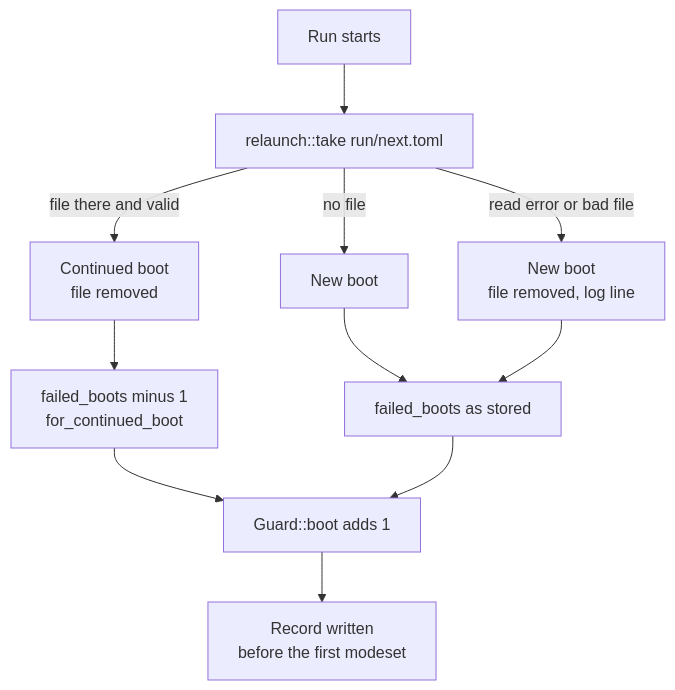
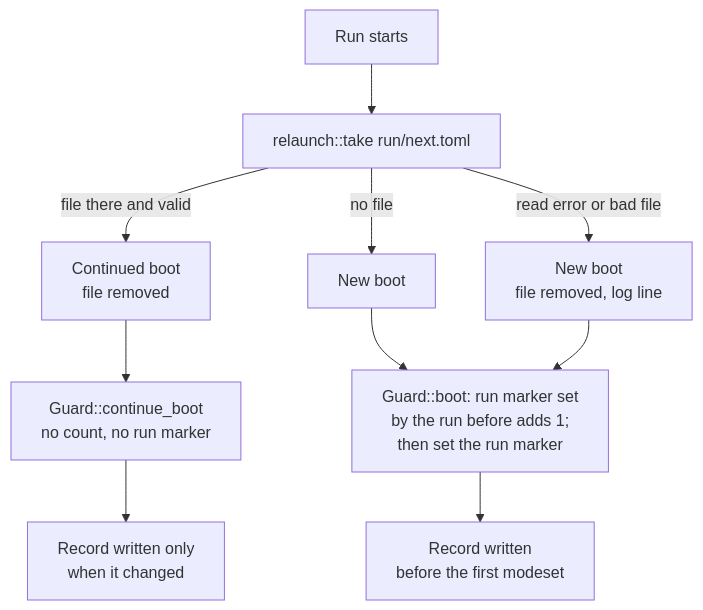
One commit to paologaleotti/neptron changed the fifth of 5 diagrams in docs/flows/02-frontend-boot.md. Above: the diagram before and after it, drawn with Mermaid. The commit also changed other lines of this file and 7 other files, not shown here.

````diff
--- a/docs/flows/02-frontend-boot.md
+++ b/docs/flows/02-frontend-boot.md
@@ -83,13 +83,12 @@
 ```mermaid
 flowchart TD
     A["Run starts"] --> B["relaunch::take run/next.toml"]
     B -->|"file there and valid"| C["Continued boot<br/>file removed"]
     B -->|"no file"| D["New boot"]
     B -->|"read error or bad file"| E["New boot<br/>file removed, log line"]
-    C --> F["failed_boots minus 1<br/>for_continued_boot"]
-    D --> G["failed_boots as stored"]
+    C --> F["Guard::continue_boot<br/>no count, no run marker"]
+    D --> G["Guard::boot: run marker set<br/>by the run before adds 1;<br/>then set the run marker"]
     E --> G
-    F --> H["Guard::boot adds 1"]
-    G --> H
-    H --> I["Record written<br/>before the first modeset"]
+    F --> I["Record written only<br/>when it changed"]
+    G --> J["Record written<br/>before the first modeset"]
 ```
````
